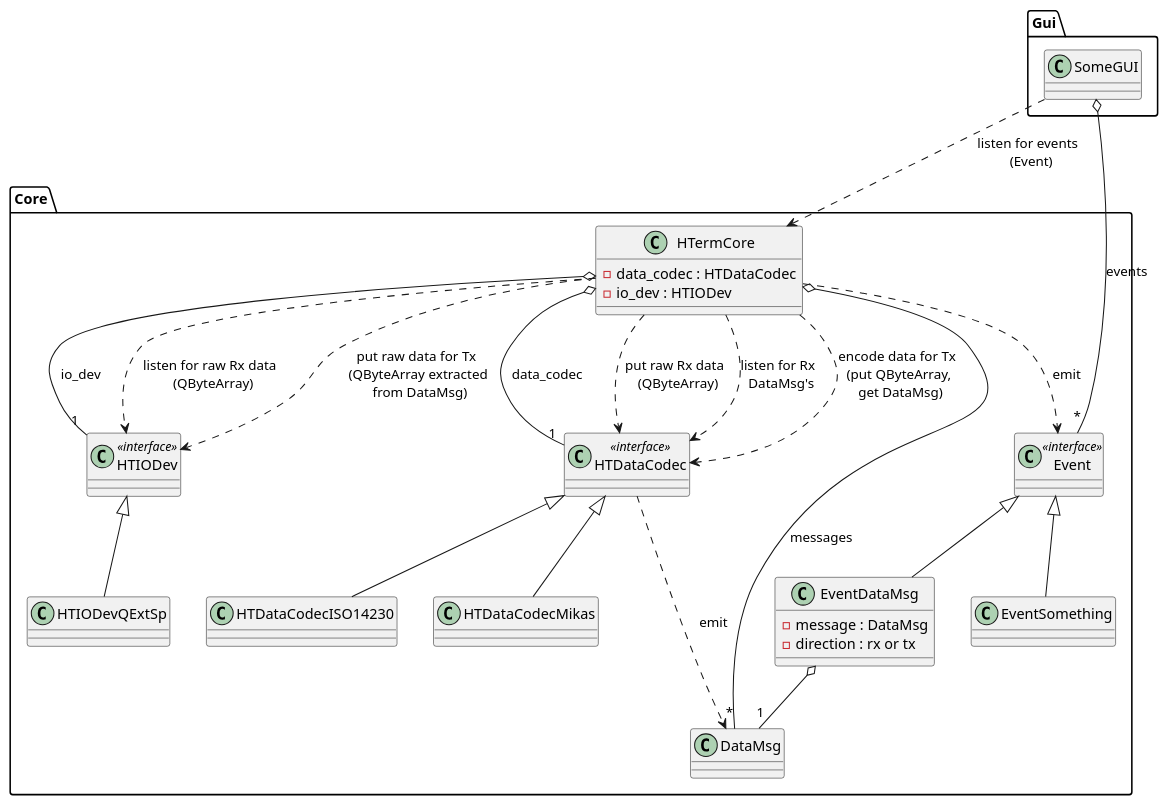
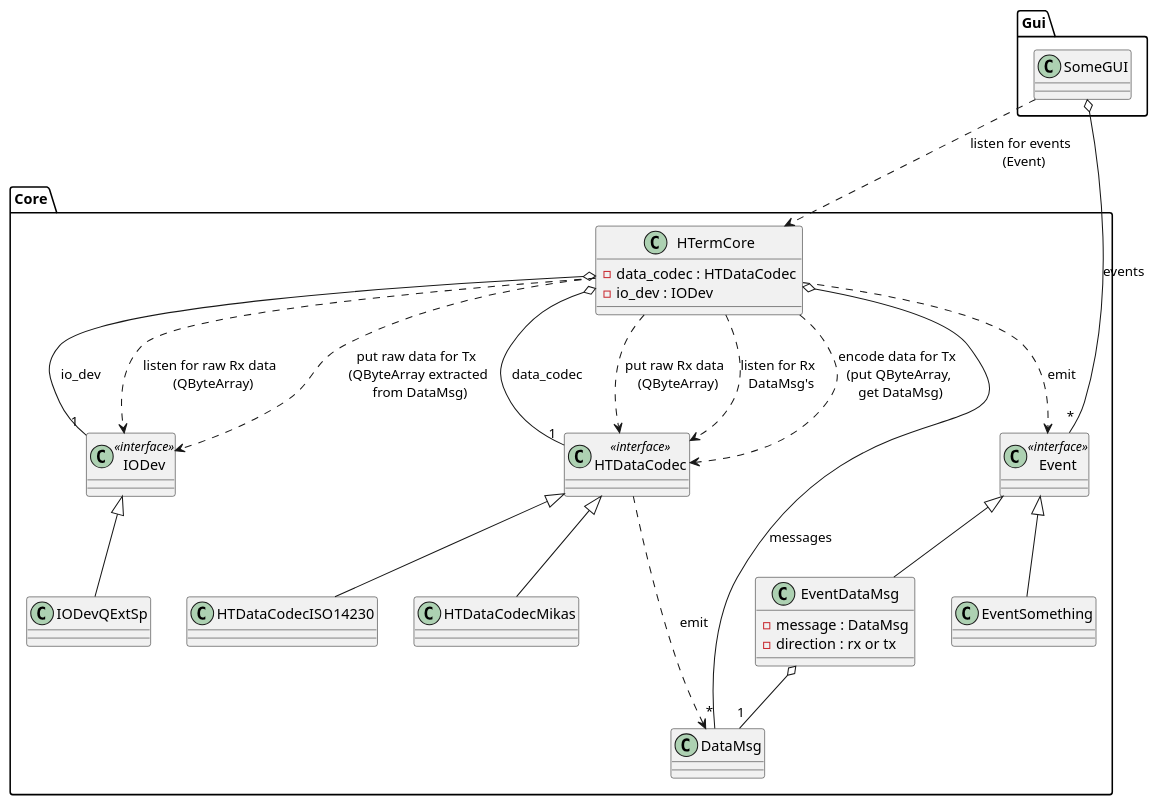
The diagram in stuff/uml/hterm.pu (dimonomid/bterm), drawn with PlantUML before and after one commit. The commit also changed 8 other files, not shown here.

Commit message:
HTIODev -> HTCore::IODev

```diff
--- a/stuff/uml/hterm.pu
+++ b/stuff/uml/hterm.pu
@@ -1,85 +1,85 @@
 @startuml
 
 package "Core" {
 
 ' HTermCore {{{
 class HTermCore {
    -data_codec : HTDataCodec
-   -io_dev : HTIODev
+   -io_dev : IODev
 }
 ' }}}
 
-' HTIODev {{{
-class HTIODev <<interface>> {
+' IODev {{{
+class IODev <<interface>> {
 }
 
-class HTIODevQExtSp {
+class IODevQExtSp {
 }
 
-HTIODev <|-- HTIODevQExtSp
+IODev <|-- IODevQExtSp
 ' }}}
 
 ' HTDataCodec {{{
 class HTDataCodec <<interface>> {
 }
 
 class HTDataCodecISO14230 {
 }
 
 class HTDataCodecMikas {
 }
 
 HTDataCodec <|-- HTDataCodecISO14230
 HTDataCodec <|-- HTDataCodecMikas
 ' }}}
 
 ' DataMsg {{{
 class DataMsg {
 }
 ' }}}
 
 ' Event {{{
 class Event <<interface>> {
 }
 
 class EventDataMsg {
    -message : DataMsg
    -direction : rx or tx
 }
 
 class EventSomething {
 }
 
 Event <|-- EventDataMsg
 Event <|-- EventSomething
 ' }}}
 
 HTermCore o-- "1" HTDataCodec : data_codec
-HTermCore o-- "1" HTIODev : io_dev
+HTermCore o-- "1" IODev : io_dev
 HTermCore o-- "*" DataMsg : messages
 
 HTDataCodec ..> DataMsg : emit
 
-HTermCore ..> HTIODev   : listen for raw Rx data \n (QByteArray)
+HTermCore ..> IODev   : listen for raw Rx data \n (QByteArray)
 HTermCore ..> HTDataCodec : put raw Rx data \n (QByteArray)
 HTermCore ..> HTDataCodec : listen for Rx \n DataMsg's
 HTermCore ..> HTDataCodec : encode data for Tx \n (put QByteArray, \n get DataMsg)
-HTermCore ..> HTIODev   : put raw data for Tx \n (QByteArray extracted \n from DataMsg)
+HTermCore ..> IODev   : put raw data for Tx \n (QByteArray extracted \n from DataMsg)
 
 HTermCore ..> Event : emit
 
 EventDataMsg o-- "1" DataMsg
 }
 
 package "Gui" {
 
    class SomeGUI {
    }
 
 }
 
 SomeGUI ..> HTermCore : listen for events \n (Event)
 SomeGUI o-- "*" Event : events
 
 
 @enduml
```
